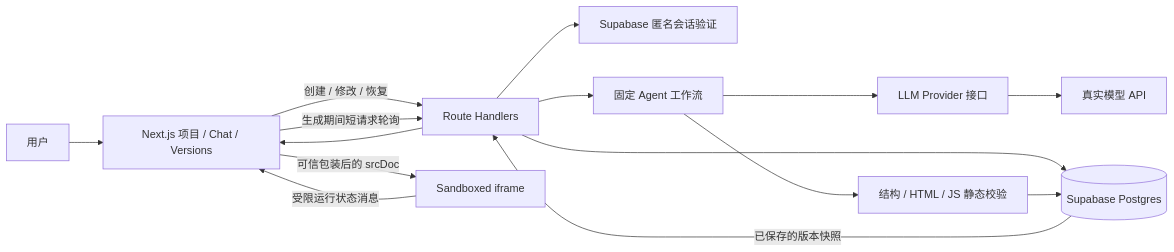
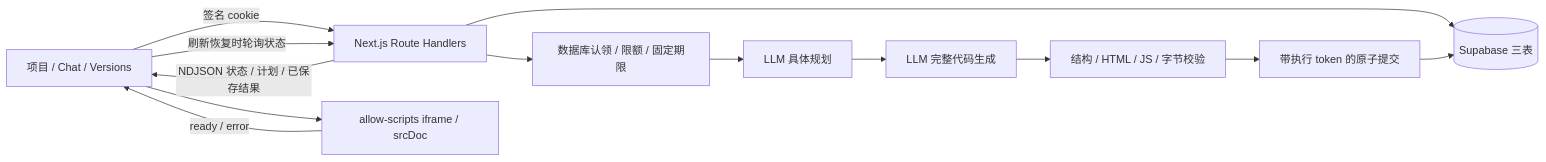
One commit to TheYoungestMvp/Forge changed the diagram in ARCHITECTURE.md. Above: the diagram before and after it, drawn with Mermaid. The commit also changed other lines of this file and 54 other files, not shown here.

````diff
--- a/ARCHITECTURE.md
+++ b/ARCHITECTURE.md
@@ -13,17 +9,15 @@
 ```mermaid
 flowchart LR
-    User[用户] --> UI[Next.js 项目 / Chat / Versions]
-    UI -->|创建 / 修改 / 恢复| API[Route Handlers]
-    UI -->|生成期间短请求轮询| API
-    API --> Auth[Supabase 匿名会话验证]
-    API --> Flow[固定 Agent 工作流]
-    Flow --> Provider[LLM Provider 接口]
-    Provider --> LLM[真实模型 API]
-    Flow --> Check[结构 / HTML / JS 静态校验]
-    API --> DB[(Supabase Postgres)]
-    Check --> DB
-    DB -->|已保存的版本快照| API
-    API --> UI
-    UI -->|可信包装后的 srcDoc| Frame[Sandboxed iframe]
-    Frame -->|受限运行状态消息| UI
+  UI[项目 / Chat / Versions] -->|签名 cookie| API[Next.js Route Handlers]
+  API --> Claim[数据库认领 / 限额 / 固定期限]
+  Claim --> Plan[LLM 具体规划]
+  Plan --> Gen[LLM 完整代码生成]
+  Gen --> Validate[结构 / HTML / JS / 字节校验]
+  Validate --> Save[带执行 token 的原子提交]
+  API --> DB[(Supabase 三表)]
+  Save --> DB
+  API -->|NDJSON 状态 / 计划 / 已保存结果| UI
+  UI -->|刷新恢复时轮询状态| API
+  UI --> Frame[allow-scripts iframe / srcDoc]
+  Frame -->|ready / error| UI
 ```
````
